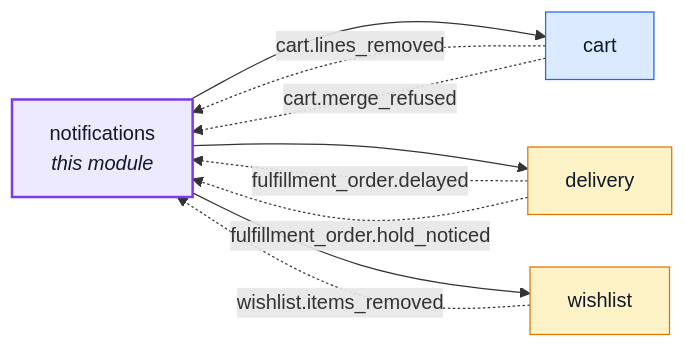
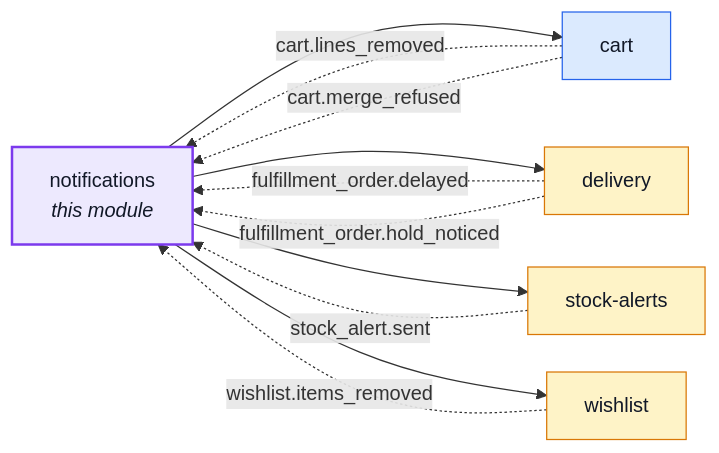
One commit to Guebbit/boilerplate-node-backend changed the first of 2 diagrams in docs/modules/notifications.md. Above: the diagram before and after it, drawn with Mermaid. The commit also changed 38 other files, not shown here.

First line of the commit message:
feat(stock-alerts): tell a buyer once when a product they asked about can be ordered again

````diff
--- a/docs/modules/notifications.md
+++ b/docs/modules/notifications.md
@@ -16,25 +16,28 @@
 ```mermaid
 %%{init: {'flowchart': {'nodeSpacing': 30, 'rankSpacing': 60}}}%%
 flowchart LR
     notifications["notifications<br/><i>this module</i>"]
     cart["cart"]
     delivery["delivery"]
+    stock_alerts["stock-alerts"]
     wishlist["wishlist"]
 
     notifications --> cart
     notifications --> delivery
+    notifications --> stock_alerts
     notifications --> wishlist
     cart -. "cart.lines_removed" .-> notifications
     cart -. "cart.merge_refused" .-> notifications
     delivery -. "fulfillment_order.delayed" .-> notifications
     delivery -. "fulfillment_order.hold_noticed" .-> notifications
+    stock_alerts -. "stock_alert.sent" .-> notifications
     wishlist -. "wishlist.items_removed" .-> notifications
 
     classDef core fill:#dbeafe,stroke:#2563eb,color:#111827;
     classDef supporting fill:#fef3c7,stroke:#d97706,color:#111827;
     classDef generic fill:#dcfce7,stroke:#16a34a,color:#111827;
     classDef centre fill:#ede9fe,stroke:#7c3aed,stroke-width:2px,color:#111827;
     class cart core;
-    class delivery,wishlist supporting;
+    class delivery,stock_alerts,wishlist supporting;
     class notifications centre;
 ```
````
